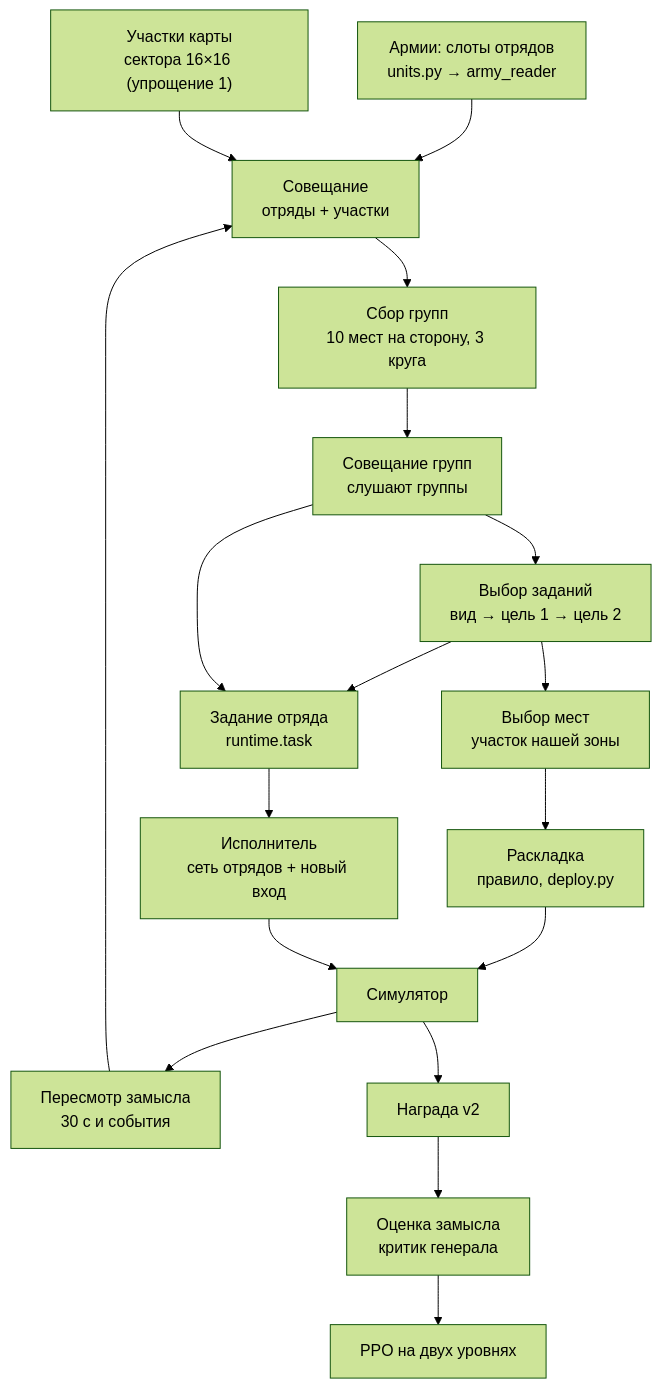
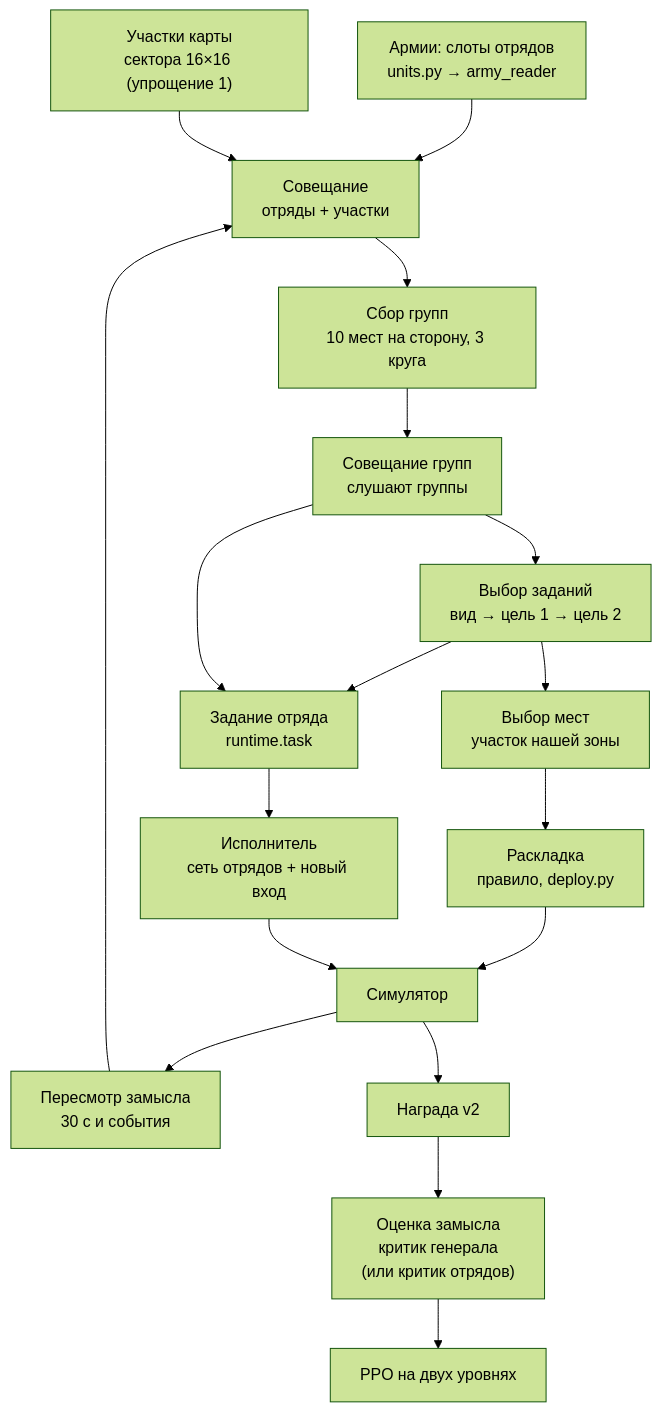
Before and after one commit to DimaZero7/TWW3-batle-ai: the diagram in docs/ru/training/general.md, drawn with Mermaid (forest theme). The commit also changed other lines of this file and 12 other files, not shown here.

````diff
--- a/docs/ru/training/general.md
+++ b/docs/ru/training/general.md
@@ -16,20 +16,20 @@
 ```mermaid
 flowchart TB
   A["Армии: слоты отрядов<br/>units.py → army_reader"] --> C["Совещание<br/>отряды + участки"]
   T["Участки карты<br/>сектора 16×16 (упрощение 1)"] --> C
   C --> G["Сбор групп<br/>10 мест на сторону, 3 круга"]
   G --> GC["Совещание групп<br/>слушают группы"]
   GC --> M["Выбор заданий<br/>вид → цель 1 → цель 2"]
   M --> P["Выбор мест<br/>участок нашей зоны"]
   P --> L["Раскладка<br/>правило, deploy.py"]
   M --> U["Задание отряда<br/>runtime.task"]
   GC --> U
   U --> E["Исполнитель<br/>сеть отрядов + новый вход"]
   L --> S["Симулятор"]
   E --> S
   S --> R["Пересмотр замысла<br/>30 с и события"]
   R --> C
   S --> W["Награда v2"]
-  W --> V["Оценка замысла<br/>критик генерала"]
+  W --> V["Оценка замысла<br/>критик генерала<br/>(или критик отрядов)"]
   V --> O["PPO на двух уровнях"]
 ```
````
